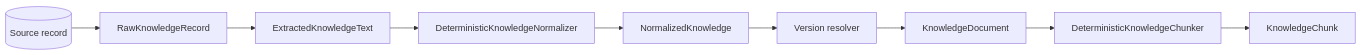
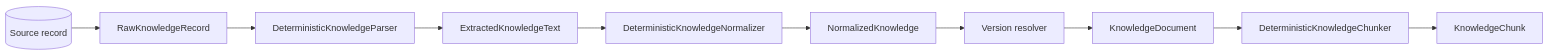
The diagram in docs/architecture/INGESTION_NORMALIZATION.md (kumarchandansingh/tropos), drawn with Mermaid before and after one commit. The commit also changed other lines of this file and 7 other files, not shown here.

````diff
--- a/docs/architecture/INGESTION_NORMALIZATION.md
+++ b/docs/architecture/INGESTION_NORMALIZATION.md
@@ -7,12 +7,13 @@
 ```mermaid
 flowchart LR
     S[(Source record)]
     --> R[RawKnowledgeRecord]
+    --> P[DeterministicKnowledgeParser]
     --> E[ExtractedKnowledgeText]
     --> N[DeterministicKnowledgeNormalizer]
     --> C[NormalizedKnowledge]
     --> V[Version resolver]
     --> D[KnowledgeDocument]
     --> H[DeterministicKnowledgeChunker]
     --> K[KnowledgeChunk]
 ```
````
